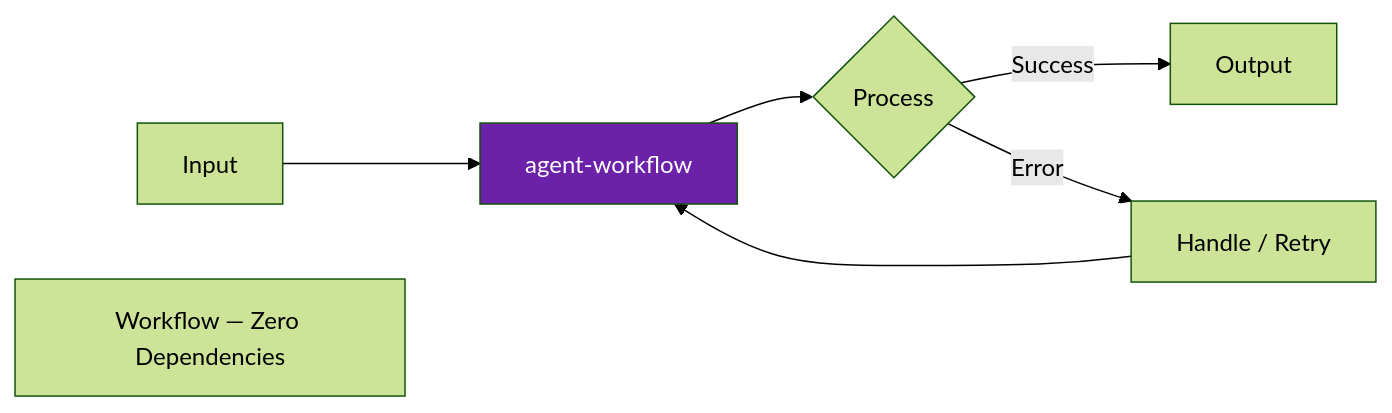
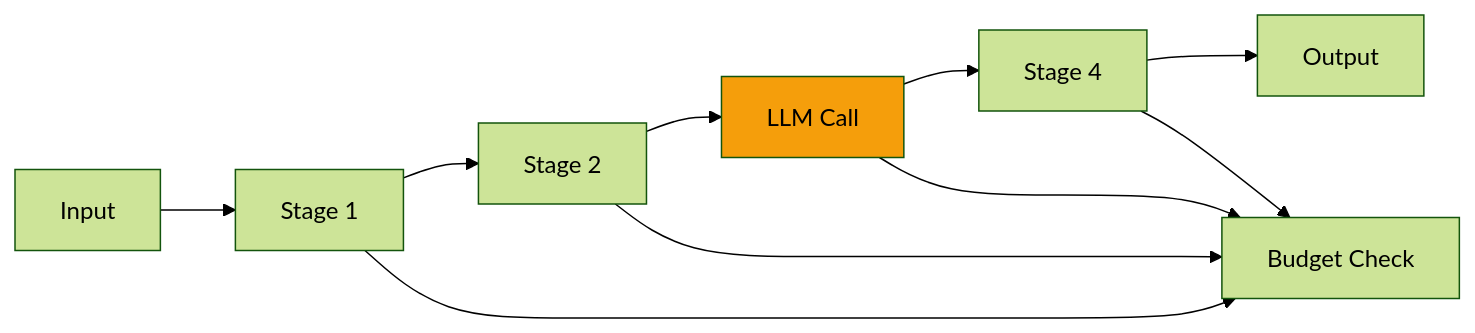
One commit to darshjme/karma changed the diagram in README.md. Above: the diagram before and after it, drawn with Mermaid (forest theme). The commit also changed other lines of this file and 1 other file, not shown here.

````diff
--- a/README.md
+++ b/README.md
@@ -48,10 +37,10 @@
 ```mermaid
 flowchart LR
-    A[Input] --> B[agent-workflow]
-    B --> C{Process}
-    C -- Success --> D[Output]
-    C -- Error --> E[Handle / Retry]
-    E --> B
-    style B fill:#6b21a8,color:#fff
-    note["Workflow — Zero Dependencies"]
+    A[Input] --> B[Stage 1]
+    B --> C[Stage 2]
+    C --> D[LLM Call]
+    D --> E[Stage 4]
+    E --> F[Output]
+    B & C & D & E --> G[Budget Check]
+    style D fill:#f59e0b,color:#000
 ```
````
